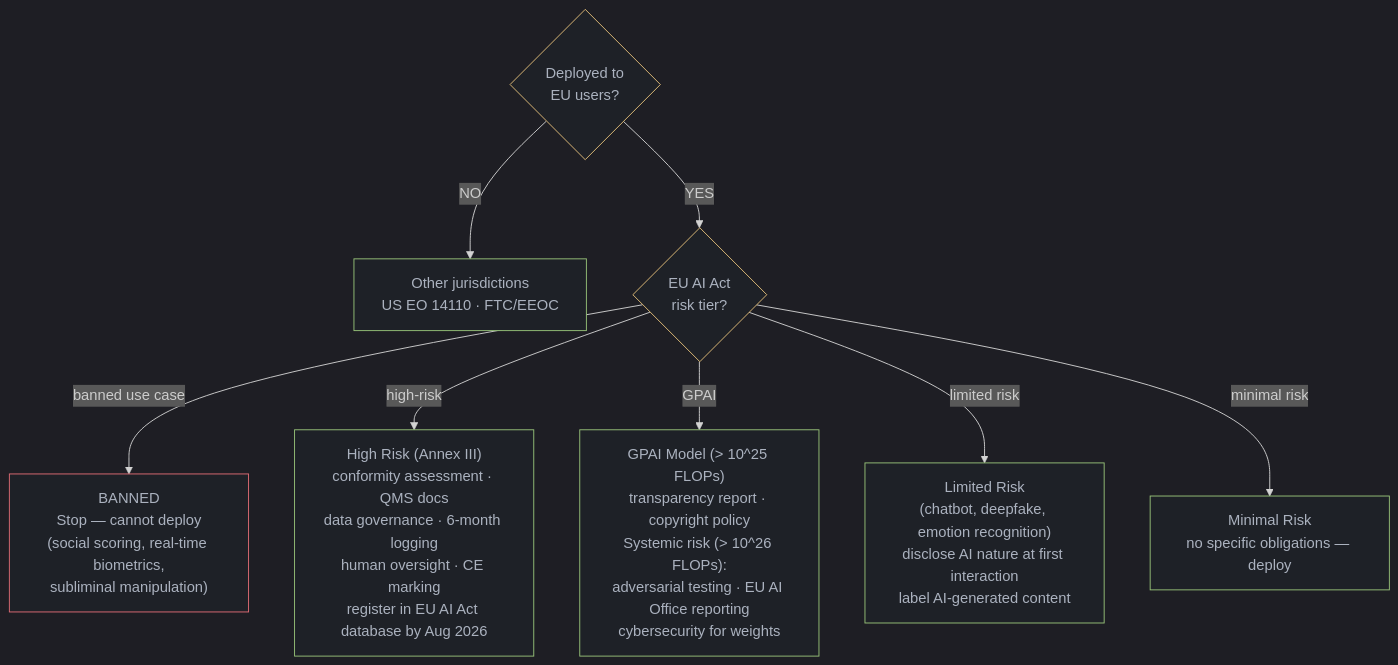
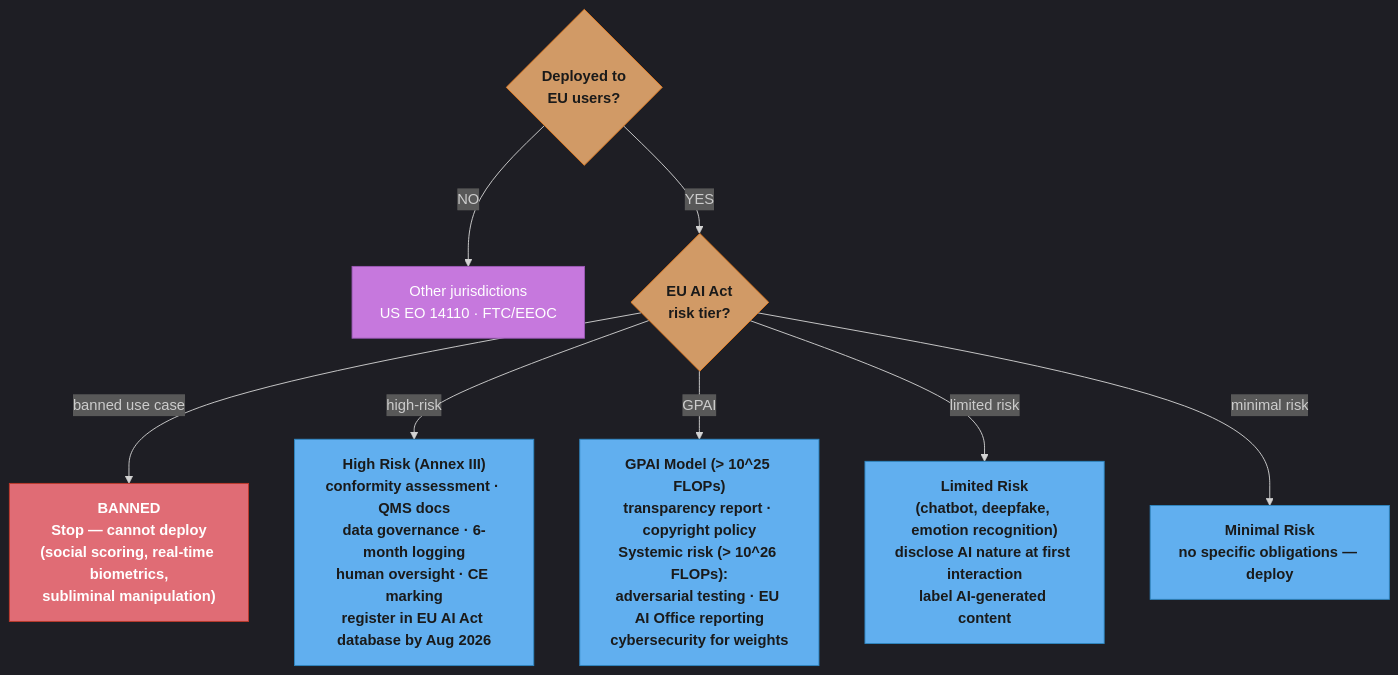
The diagram in src/main/java/com/rutik/systemdesign/llm/ai_regulations_and_compliance/README.md (rppol/system-design), drawn with Mermaid before and after one commit. The commit also changed 88 other files, not shown here.

````diff
--- a/src/main/java/com/rutik/systemdesign/llm/ai_regulations_and_compliance/README.md
+++ b/src/main/java/com/rutik/systemdesign/llm/ai_regulations_and_compliance/README.md
@@ -173,29 +173,33 @@
 ```mermaid
 %%{init: {'flowchart': {'curve': 'basis'}, 'theme': 'dark'}}%%
 flowchart TD
-    classDef decide fill:#1e2127,stroke:#e5c07b,color:#abb2bf
-    classDef proc   fill:#1e2127,stroke:#98c379,color:#abb2bf
-    classDef warn   fill:#1e2127,stroke:#e06c75,color:#abb2bf
-    classDef io     fill:#282c34,stroke:#61afef,color:#abb2bf
+    classDef io      fill:#61afef,stroke:#2e86c1,color:#1a1a1a,font-weight:bold
+    classDef frozen  fill:#c678dd,stroke:#9b59b6,color:#fff
+    classDef train   fill:#98c379,stroke:#27ae60,color:#1a1a1a
+    classDef mathOp  fill:#d19a66,stroke:#e67e22,color:#1a1a1a,font-weight:bold
+    classDef lossN   fill:#e06c75,stroke:#c0392b,color:#fff,font-weight:bold
+    classDef req     fill:#56b6c2,stroke:#0097a7,color:#1a1a1a
+    classDef base    fill:#e5c07b,stroke:#f39c12,color:#1a1a1a
 
     EU{"Deployed to\nEU users?"}
     OTHER["Other jurisdictions\nUS EO 14110 · FTC/EEOC"]
     RISK{"EU AI Act\nrisk tier?"}
     BANNED["BANNED\nStop — cannot deploy\n(social scoring, real-time biometrics,\nsubliminal manipulation)"]
     HIGH["High Risk (Annex III)\nconformity assessment · QMS docs\ndata governance · 6-month logging\nhuman oversight · CE marking\nregister in EU AI Act database by Aug 2026"]
     GPAI["GPAI Model (> 10^25 FLOPs)\ntransparency report · copyright policy\nSystemic risk (> 10^26 FLOPs):\nadversarial testing · EU AI Office reporting\ncybersecurity for weights"]
     LTD["Limited Risk\n(chatbot, deepfake, emotion recognition)\ndisclose AI nature at first interaction\nlabel AI-generated content"]
     MIN["Minimal Risk\nno specific obligations — deploy"]
 
     EU -->|"NO"| OTHER
     EU -->|"YES"| RISK
     RISK -->|"banned use case"| BANNED
     RISK -->|"high-risk"| HIGH
     RISK -->|"GPAI"| GPAI
     RISK -->|"limited risk"| LTD
     RISK -->|"minimal risk"| MIN
 
-    class EU,RISK decide
-    class HIGH,GPAI,LTD,MIN,OTHER proc
-    class BANNED warn
+    class EU,RISK mathOp
+    class HIGH,GPAI,LTD,MIN io
+    class OTHER frozen
+    class BANNED lossN
 ```
````
